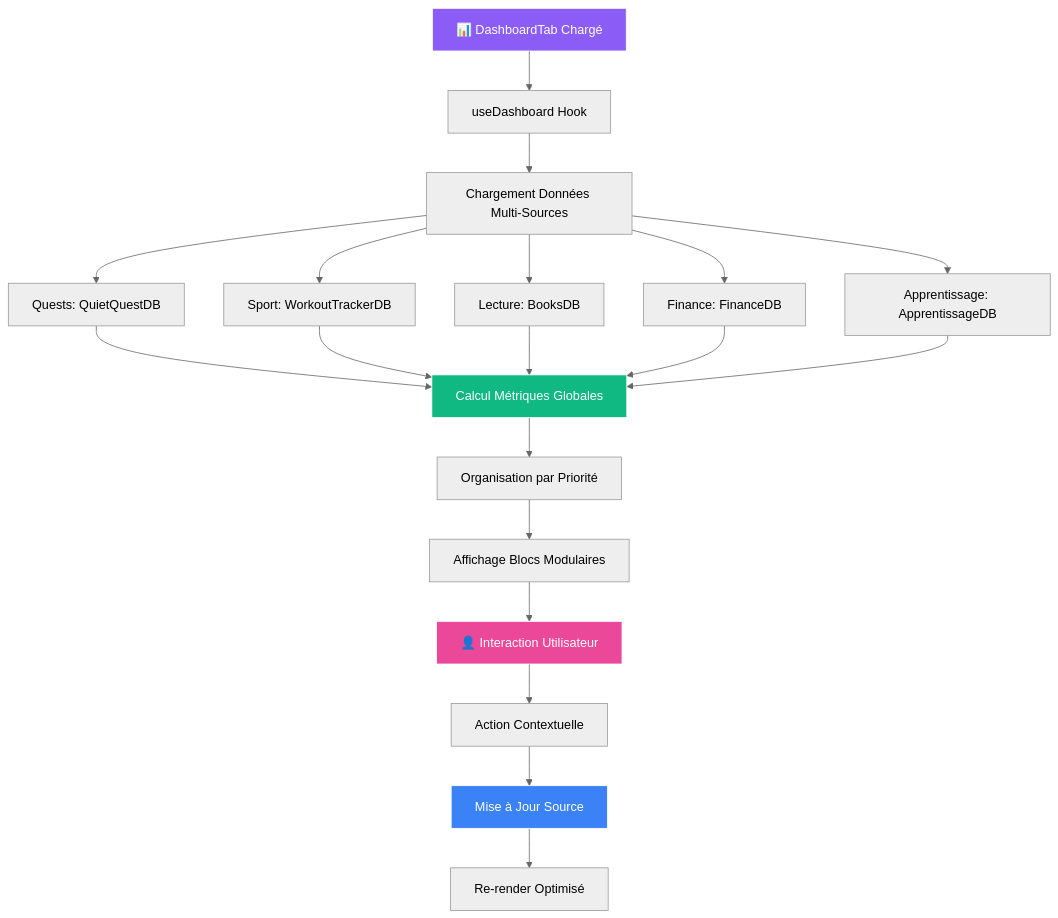
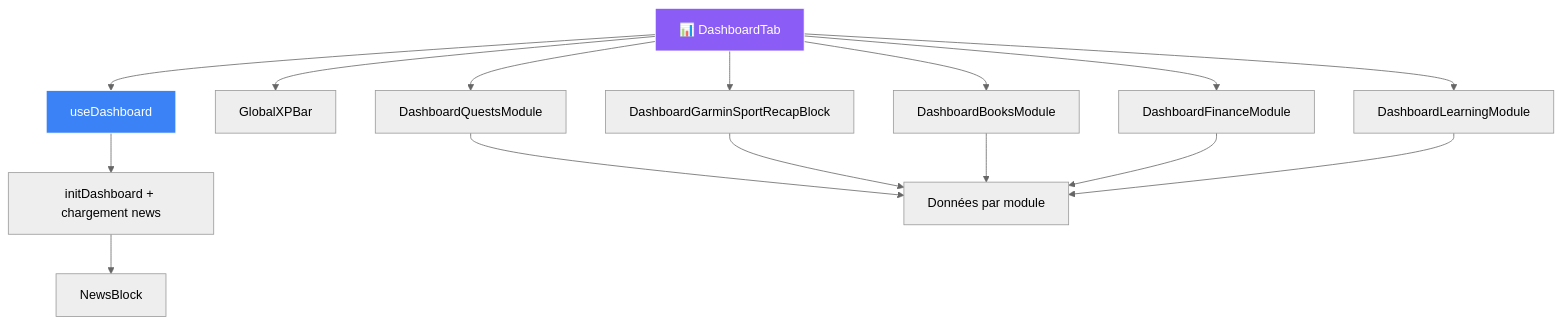
Before and after one commit to zingariello1314/workouttracker: diagram 11 of 31 in README.md, drawn with Mermaid (neutral theme). The commit also changed other lines of this file and 5 other files, not shown here.

````diff
--- a/README.md
+++ b/README.md
@@ -1497,29 +1497,20 @@
 ```mermaid
 flowchart TD
-    A[📊 DashboardTab Chargé] --> B[useDashboard Hook]
-    B --> C[Chargement Données Multi-Sources]
-    C --> D[Quests: QuietQuestDB]
-    C --> E[Sport: WorkoutTrackerDB]
-    C --> F[Lecture: BooksDB]
-    C --> G[Finance: FinanceDB]
-    C --> H[Apprentissage: ApprentissageDB]
-    
-    D --> I[Calcul Métriques Globales]
-    E --> I
-    F --> I
-    G --> I
-    H --> I
-    
-    I --> J[Organisation par Priorité]
-    J --> K[Affichage Blocs Modulaires]
-    
-    K --> L[👤 Interaction Utilisateur]
-    L --> M[Action Contextuelle]
-    M --> N[Mise à Jour Source]
-    N --> O[Re-render Optimisé]
+    A[📊 DashboardTab] --> B[useDashboard]
+    B --> C[initDashboard + chargement news]
+    C --> D[NewsBlock]
+    A --> E[GlobalXPBar]
+    A --> F[DashboardQuestsModule]
+    A --> G[DashboardGarminSportRecapBlock]
+    A --> H[DashboardBooksModule]
+    A --> I[DashboardFinanceModule]
+    A --> J[DashboardLearningModule]
+    F --> K[Données par module]
+    G --> K
+    H --> K
+    I --> K
+    J --> K
     
     style A fill:#8b5cf6,stroke:#fff,color:#fff
-    style I fill:#10b981,stroke:#fff,color:#fff
-    style L fill:#ec4899,stroke:#fff,color:#fff
-    style N fill:#3b82f6,stroke:#fff,color:#fff
+    style B fill:#3b82f6,stroke:#fff,color:#fff
 ```
````
